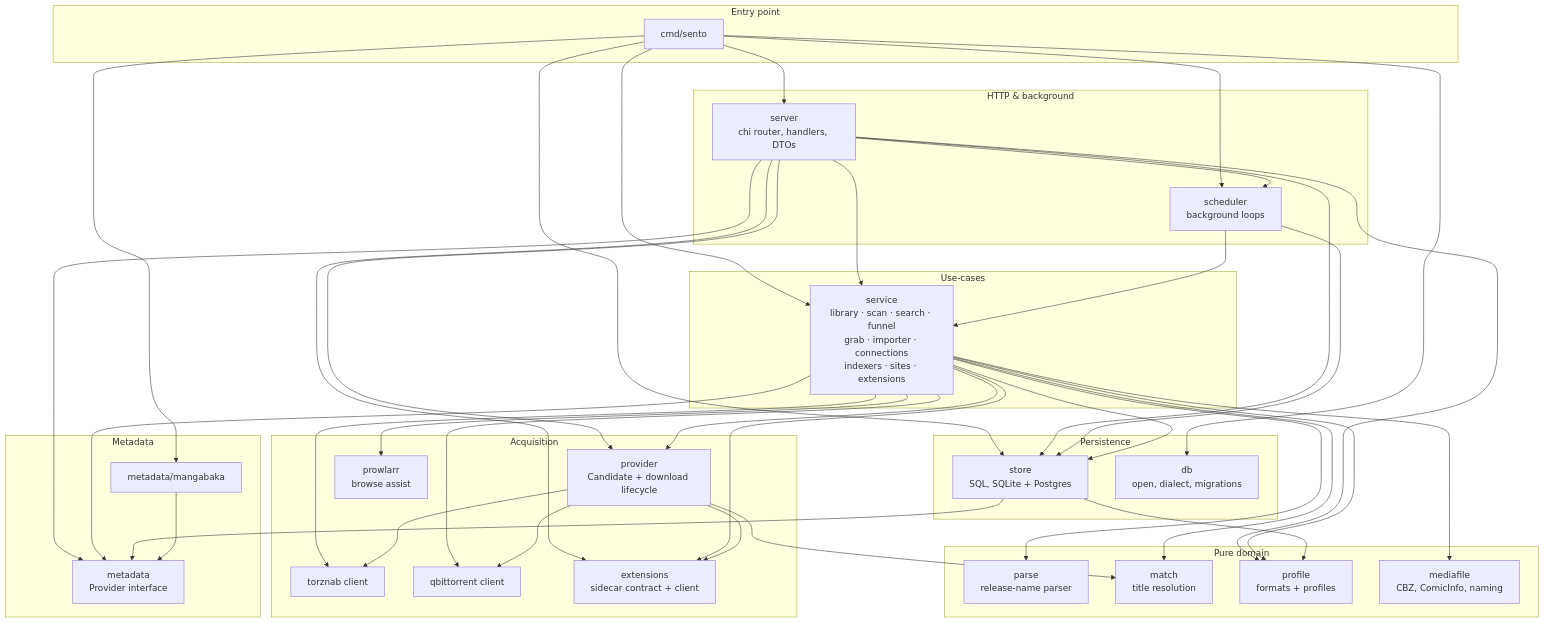
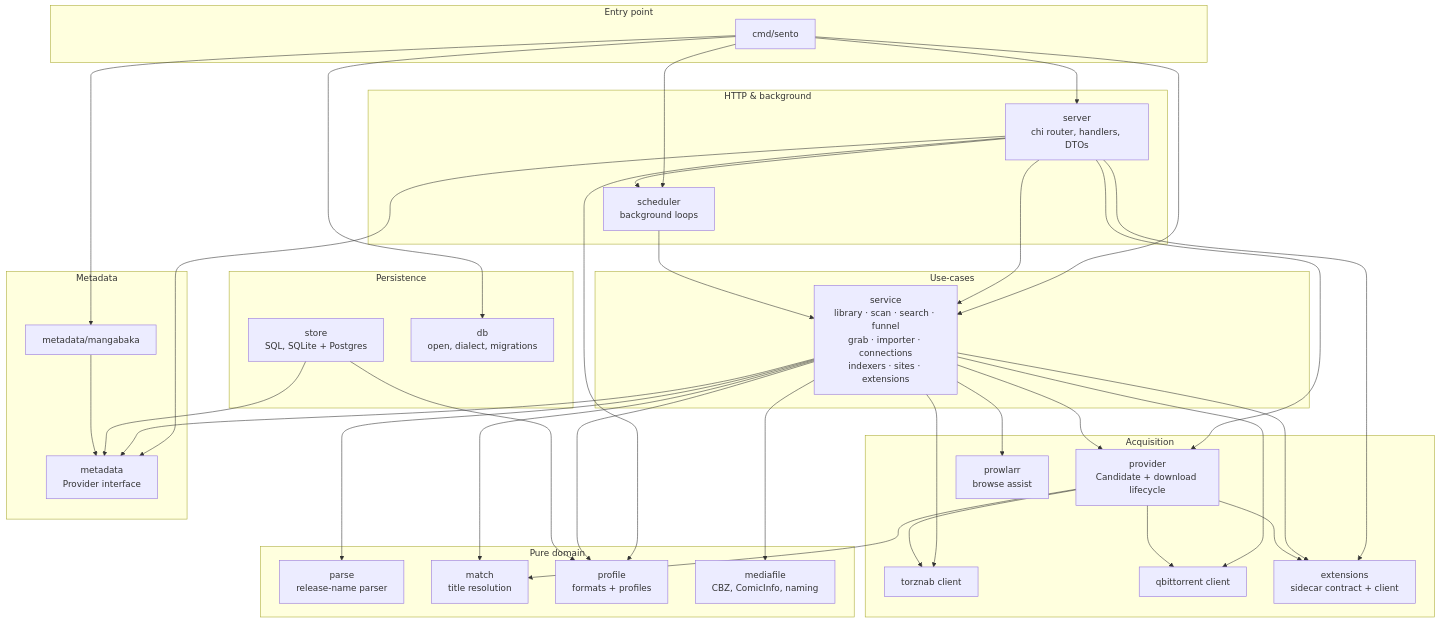
One commit to h-wb/sento changed the second of 6 diagrams in docs/architecture.md. Above: the diagram before and after it, drawn with Mermaid. The commit also changed other lines of this file and 13 other files, not shown here.

````diff
--- a/docs/architecture.md
+++ b/docs/architecture.md
@@ -52,80 +52,76 @@
 ```mermaid
 graph TD
     subgraph entry [Entry point]
         cmd[cmd/sento]
     end
 
     subgraph http [HTTP & background]
         server[server<br/>chi router, handlers, DTOs]
         scheduler[scheduler<br/>background loops]
     end
 
     subgraph core [Use-cases]
         service[service<br/>library · scan · search · funnel<br/>grab · importer · connections<br/>indexers · sites · extensions]
     end
 
     subgraph persistence [Persistence]
         store[store<br/>SQL, SQLite + Postgres]
         db[db<br/>open, dialect, migrations]
     end
 
     subgraph acquisition [Acquisition]
         provider[provider<br/>Candidate + download lifecycle]
         torznab[torznab client]
         qbittorrent[qbittorrent client]
         extensions[extensions<br/>sidecar contract + client]
         prowlarr[prowlarr<br/>browse assist]
     end
 
     subgraph meta [Metadata]
         metadata[metadata<br/>Provider interface]
         mangabaka[metadata/mangabaka]
     end
 
     subgraph domain [Pure domain]
         parse[parse<br/>release-name parser]
         match[match<br/>title resolution]
         profile[profile<br/>formats + profiles]
         mediafile[mediafile<br/>CBZ, ComicInfo, naming]
     end
 
     cmd --> server
     cmd --> scheduler
     cmd --> service
-    cmd --> store
     cmd --> db
     cmd --> mangabaka
 
     server --> service
     server --> scheduler
-    server --> store
     server --> provider
     server --> extensions
     server --> profile
     server --> metadata
 
     scheduler --> service
-    scheduler --> store
 
-    service --> store
     service --> provider
     service --> metadata
     service --> parse
     service --> match
     service --> profile
     service --> mediafile
     service --> prowlarr
     service --> torznab
     service --> qbittorrent
     service --> extensions
 
     store --> metadata
     store --> profile
 
     provider --> torznab
     provider --> qbittorrent
     provider --> extensions
     provider --> match
 
     mangabaka --> metadata
 ```
````
